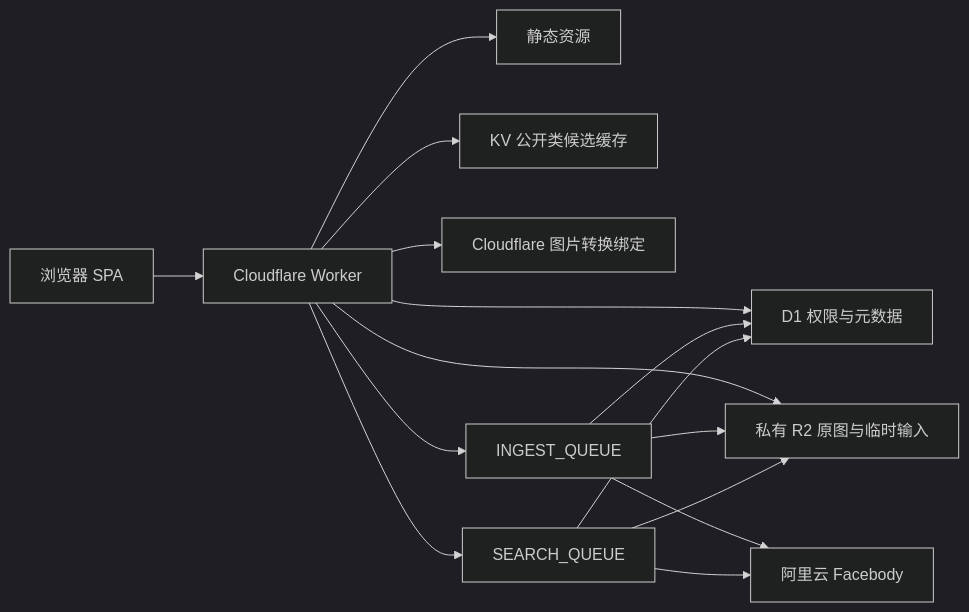
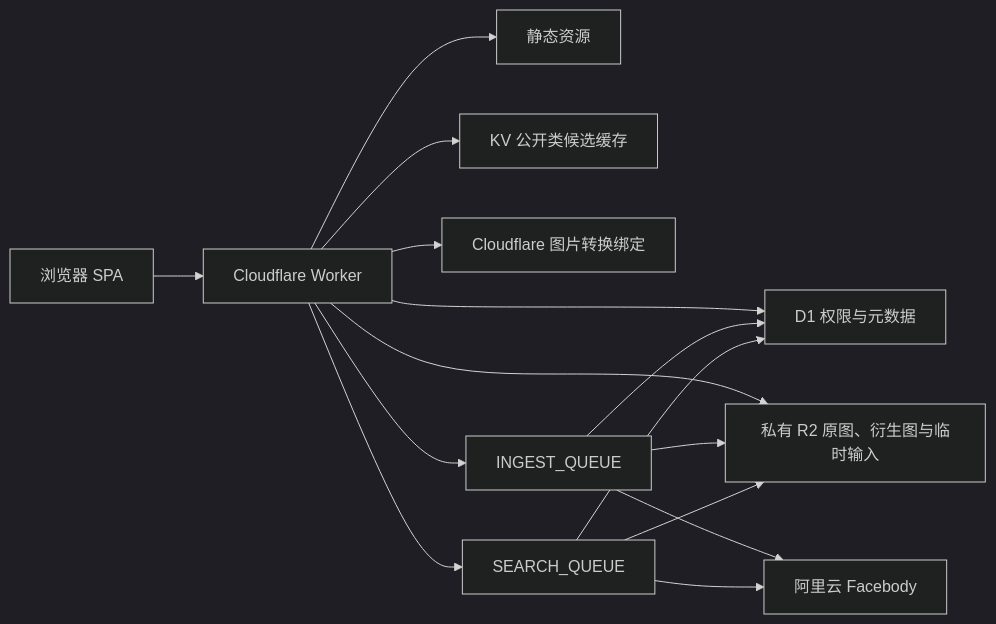
One commit to ChinoArror/picture-distributor changed the diagram in README_zh.md. Above: the diagram before and after it, drawn with Mermaid (dark theme). The commit also changed other lines of this file and 9 other files, not shown here.

````diff
--- a/README_zh.md
+++ b/README_zh.md
@@ -116,17 +117,17 @@
 ```mermaid
 flowchart LR
   Browser["浏览器 SPA"] --> Worker["Cloudflare Worker"]
   Worker --> Assets["静态资源"]
   Worker --> D1["D1 权限与元数据"]
   Worker --> KV["KV 公开类候选缓存"]
-  Worker --> R2["私有 R2 原图与临时输入"]
+  Worker --> R2["私有 R2 原图、衍生图与临时输入"]
   Worker --> Images["Cloudflare 图片转换绑定"]
   Worker --> IQ["INGEST_QUEUE"]
   Worker --> SQ["SEARCH_QUEUE"]
   IQ --> Facebody["阿里云 Facebody"]
   IQ --> D1
   IQ --> R2
   SQ --> Facebody
   SQ --> D1
   SQ --> R2
 ```
````
